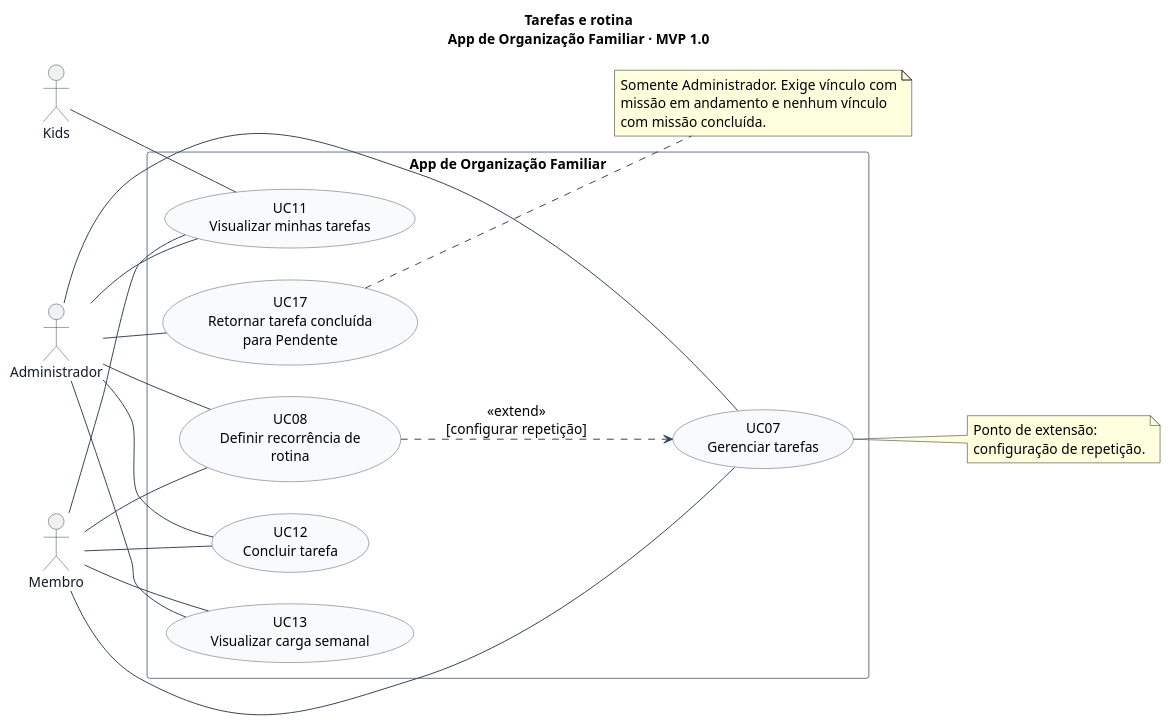
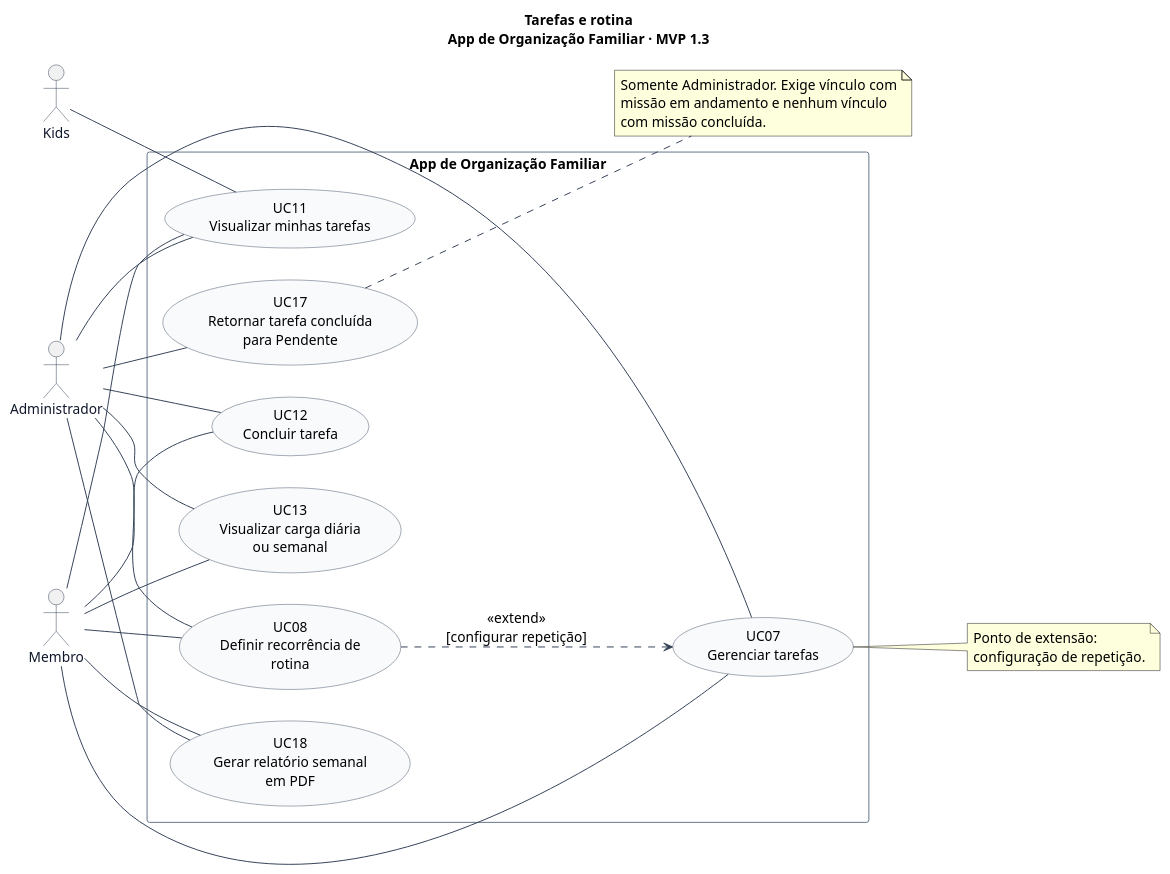
The diagram in docs/diagramas/casos-de-uso/03-tarefas-rotina.puml (lizandramalta/App-Rotina-Familiar), drawn with PlantUML before and after one commit. The commit also changed 21 other files, not shown here.

```diff
--- a/docs/diagramas/casos-de-uso/03-tarefas-rotina.puml
+++ b/docs/diagramas/casos-de-uso/03-tarefas-rotina.puml
@@ -1,55 +1,58 @@
 @startuml
 ' Fonte editável. Renderização: java -jar plantuml.jar -charset UTF-8 -tsvg *.puml
 left to right direction
 skinparam shadowing false
 skinparam backgroundColor white
 skinparam defaultFontName SansSerif
 skinparam defaultFontSize 14
 skinparam ArrowColor #334155
 skinparam actorBorderColor #334155
 skinparam actorFontColor #0F172A
 skinparam usecaseBackgroundColor #F8FAFC
 skinparam usecaseBorderColor #475569
 skinparam rectangleBorderColor #64748B
 skinparam packageStyle rectangle
 skinparam nodesep 32
 skinparam ranksep 55
-title Tarefas e rotina\nApp de Organização Familiar · MVP 1.0
+title Tarefas e rotina\nApp de Organização Familiar · MVP 1.3
 
 actor "Administrador" as Admin
 actor "Membro" as Membro
 actor "Kids" as Kids
 
 rectangle "App de Organização Familiar" {
   usecase "UC07\nGerenciar tarefas" as UC07
   usecase "UC08\nDefinir recorrência de\nrotina" as UC08
   usecase "UC11\nVisualizar minhas tarefas" as UC11
   usecase "UC12\nConcluir tarefa" as UC12
-  usecase "UC13\nVisualizar carga semanal" as UC13
+  usecase "UC13\nVisualizar carga diária\nou semanal" as UC13
+  usecase "UC18\nGerar relatório semanal\nem PDF" as UC18
   usecase "UC17\nRetornar tarefa concluída\npara Pendente" as UC17
 }
 
 Admin -- UC07
 Admin -- UC08
 Admin -- UC11
 Admin -- UC12
 Admin -- UC13
+Admin -- UC18
 Admin -- UC17
 Membro -- UC07
 Membro -- UC08
 Membro -- UC11
 Membro -- UC12
 Membro -- UC13
+Membro -- UC18
 Kids -- UC11
 UC08 ..> UC07 : <<extend>>\n[configurar repetição]
 note right of UC07
   Ponto de extensão:
   configuração de repetição.
 end note
 note right of UC17
   Somente Administrador. Exige vínculo com
   missão em andamento e nenhum vínculo
   com missão concluída.
 end note
 
 @enduml
```
